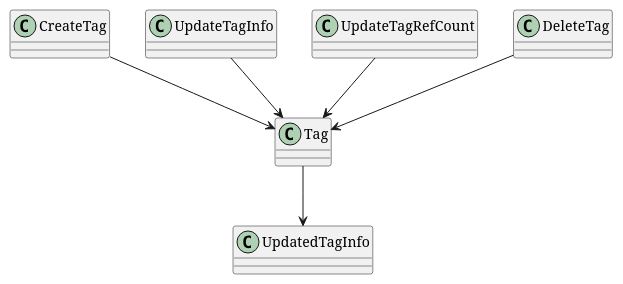
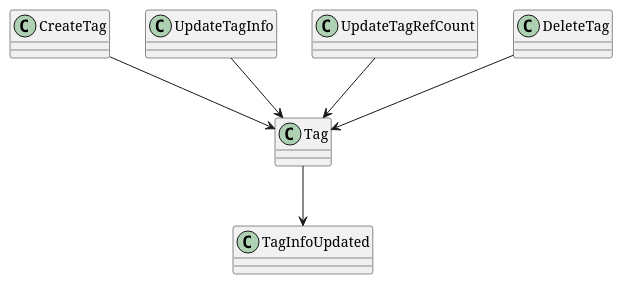
Before and after one commit to LDmoxeii/only4-KSP-cap4j: the diagram in design/domain/tag/relationCDE.puml, drawn with PlantUML. The commit also changed 59 other files, not shown here.

```diff
--- a/design/domain/tag/relationCDE.puml
+++ b/design/domain/tag/relationCDE.puml
@@ -1,8 +1,8 @@
 @startuml
 CreateTag           -down-> Tag
 UpdateTagInfo       -down-> Tag
 UpdateTagRefCount   -down-> Tag
 DeleteTag           -down-> Tag
 
-Tag -down-> UpdatedTagInfo
+Tag -down-> TagInfoUpdated
 @enduml
```
